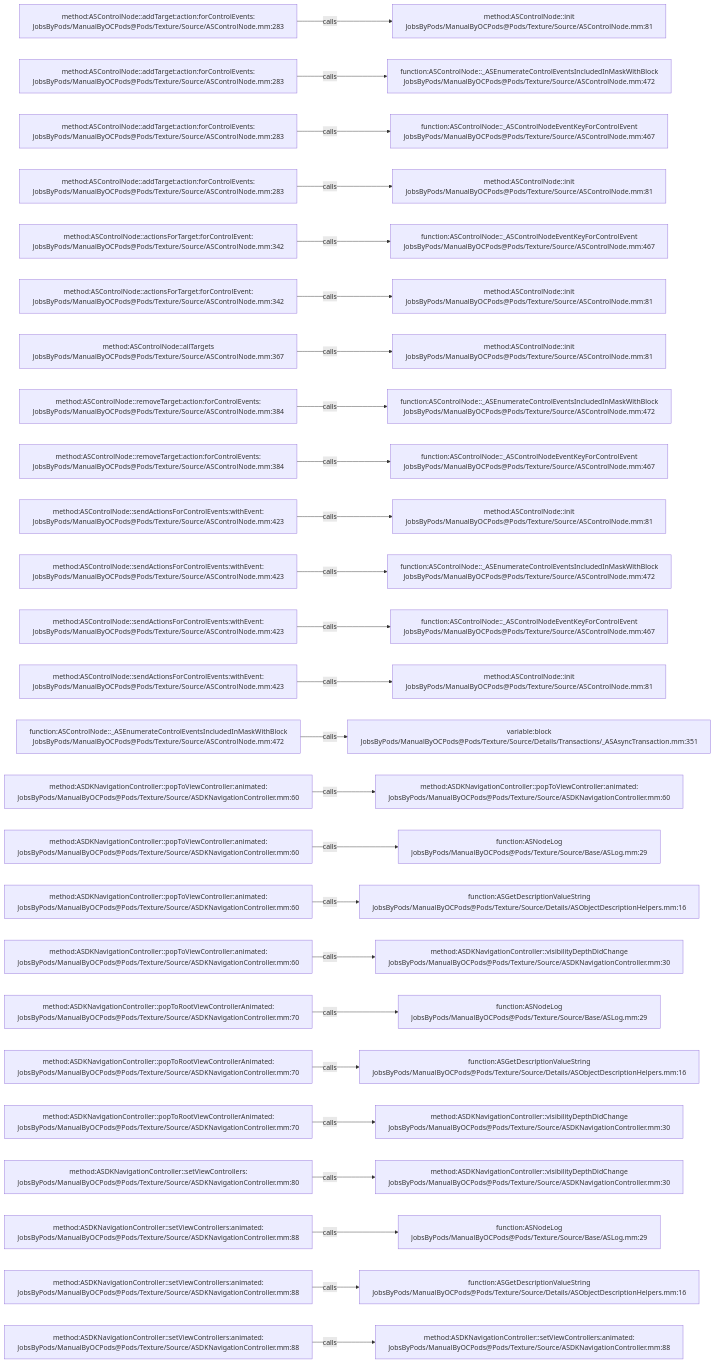
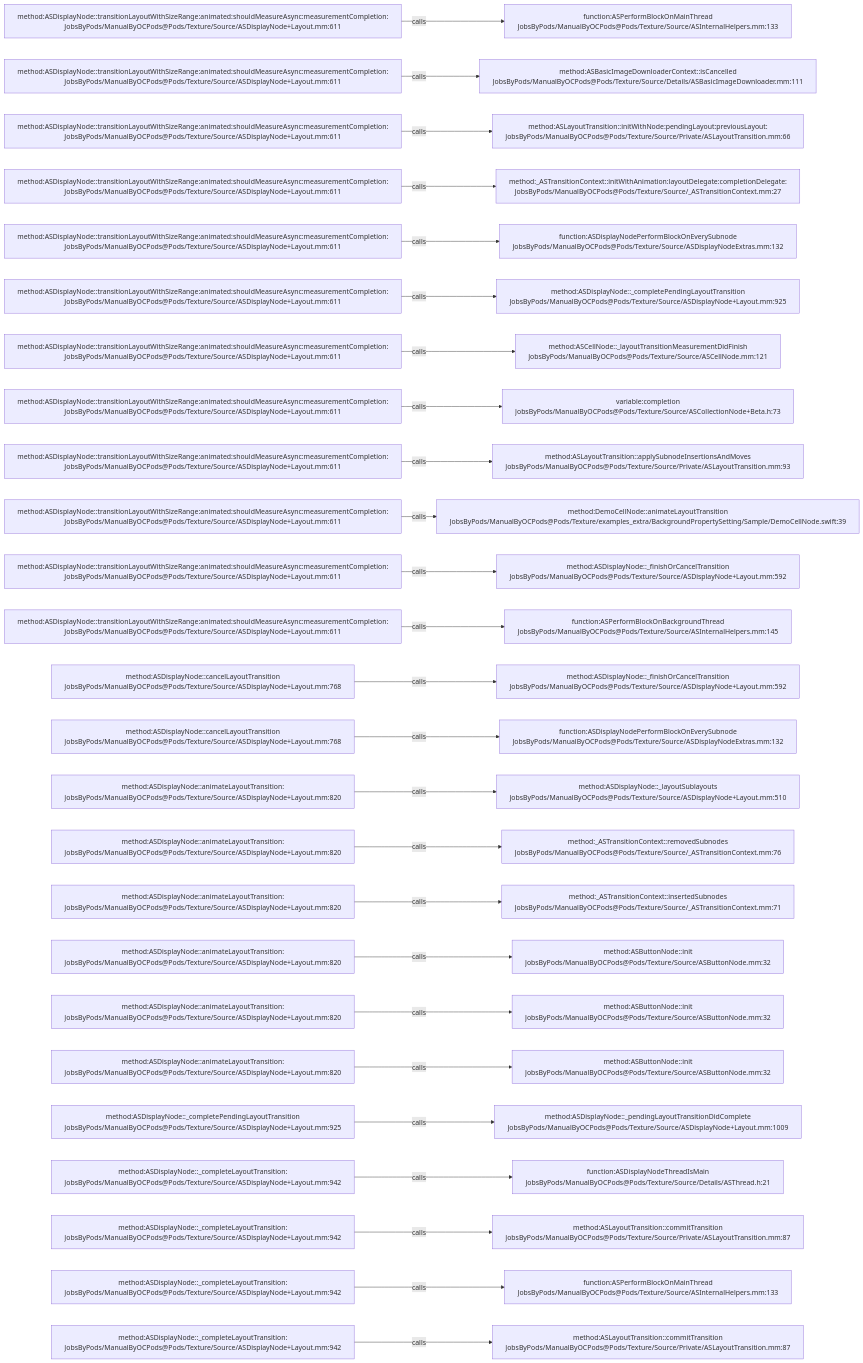
Before and after one commit to JobsKits/JobsOCBaseConfigDemo: the diagram in .codegraph/codegraph.md/graphs/calls-085.md, drawn with Mermaid. The commit also changed 1448 other files, not shown here.

````diff
--- a/.codegraph/codegraph.md/graphs/calls-085.md
+++ b/.codegraph/codegraph.md/graphs/calls-085.md
@@ -13,78 +13,78 @@
 ```mermaid
 flowchart LR
-  S1["method:ASControlNode::addTarget:action:forControlEvents:<br/>JobsByPods/ManualByOCPods@Pods/Texture/Source/ASControlNode.mm:283"]
-  T1["method:ASControlNode::init<br/>JobsByPods/ManualByOCPods@Pods/Texture/Source/ASControlNode.mm:81"]
+  S1["method:ASDisplayNode::transitionLayoutWithSizeRange:animated:shouldMeasureAsync:measurementCompletion:<br/>JobsByPods/ManualByOCPods@Pods/Texture/Source/ASDisplayNode+Layout.mm:611"]
+  T1["function:ASPerformBlockOnMainThread<br/>JobsByPods/ManualByOCPods@Pods/Texture/Source/ASInternalHelpers.mm:133"]
   S1 -->|calls| T1
-  S2["method:ASControlNode::addTarget:action:forControlEvents:<br/>JobsByPods/ManualByOCPods@Pods/Texture/Source/ASControlNode.mm:283"]
-  T2["function:ASControlNode::_ASEnumerateControlEventsIncludedInMaskWithBlock<br/>JobsByPods/ManualByOCPods@Pods/Texture/Source/ASControlNode.mm:472"]
+  S2["method:ASDisplayNode::transitionLayoutWithSizeRange:animated:shouldMeasureAsync:measurementCompletion:<br/>JobsByPods/ManualByOCPods@Pods/Texture/Source/ASDisplayNode+Layout.mm:611"]
+  T2["method:ASBasicImageDownloaderContext::isCancelled<br/>JobsByPods/ManualByOCPods@Pods/Texture/Source/Details/ASBasicImageDownloader.mm:111"]
   S2 -->|calls| T2
-  S3["method:ASControlNode::addTarget:action:forControlEvents:<br/>JobsByPods/ManualByOCPods@Pods/Texture/Source/ASControlNode.mm:283"]
-  T3["function:ASControlNode::_ASControlNodeEventKeyForControlEvent<br/>JobsByPods/ManualByOCPods@Pods/Texture/Source/ASControlNode.mm:467"]
+  S3["method:ASDisplayNode::transitionLayoutWithSizeRange:animated:shouldMeasureAsync:measurementCompletion:<br/>JobsByPods/ManualByOCPods@Pods/Texture/Source/ASDisplayNode+Layout.mm:611"]
+  T3["method:ASLayoutTransition::initWithNode:pendingLayout:previousLayout:<br/>JobsByPods/ManualByOCPods@Pods/Texture/Source/Private/ASLayoutTransition.mm:66"]
   S3 -->|calls| T3
-  S4["method:ASControlNode::addTarget:action:forControlEvents:<br/>JobsByPods/ManualByOCPods@Pods/Texture/Source/ASControlNode.mm:283"]
-  T4["method:ASControlNode::init<br/>JobsByPods/ManualByOCPods@Pods/Texture/Source/ASControlNode.mm:81"]
+  S4["method:ASDisplayNode::transitionLayoutWithSizeRange:animated:shouldMeasureAsync:measurementCompletion:<br/>JobsByPods/ManualByOCPods@Pods/Texture/Source/ASDisplayNode+Layout.mm:611"]
+  T4["method:_ASTransitionContext::initWithAnimation:layoutDelegate:completionDelegate:<br/>JobsByPods/ManualByOCPods@Pods/Texture/Source/_ASTransitionContext.mm:27"]
   S4 -->|calls| T4
-  S5["method:ASControlNode::actionsForTarget:forControlEvent:<br/>JobsByPods/ManualByOCPods@Pods/Texture/Source/ASControlNode.mm:342"]
-  T5["function:ASControlNode::_ASControlNodeEventKeyForControlEvent<br/>JobsByPods/ManualByOCPods@Pods/Texture/Source/ASControlNode.mm:467"]
+  S5["method:ASDisplayNode::transitionLayoutWithSizeRange:animated:shouldMeasureAsync:measurementCompletion:<br/>JobsByPods/ManualByOCPods@Pods/Texture/Source/ASDisplayNode+Layout.mm:611"]
+  T5["function:ASDisplayNodePerformBlockOnEverySubnode<br/>JobsByPods/ManualByOCPods@Pods/Texture/Source/ASDisplayNodeExtras.mm:132"]
   S5 -->|calls| T5
-  S6["method:ASControlNode::actionsForTarget:forControlEvent:<br/>JobsByPods/ManualByOCPods@Pods/Texture/Source/ASControlNode.mm:342"]
-  T6["method:ASControlNode::init<br/>JobsByPods/ManualByOCPods@Pods/Texture/Source/ASControlNode.mm:81"]
+  S6["method:ASDisplayNode::transitionLayoutWithSizeRange:animated:shouldMeasureAsync:measurementCompletion:<br/>JobsByPods/ManualByOCPods@Pods/Texture/Source/ASDisplayNode+Layout.mm:611"]
+  T6["method:ASDisplayNode::_completePendingLayoutTransition<br/>JobsByPods/ManualByOCPods@Pods/Texture/Source/ASDisplayNode+Layout.mm:925"]
   S6 -->|calls| T6
-  S7["method:ASControlNode::allTargets<br/>JobsByPods/ManualByOCPods@Pods/Texture/Source/ASControlNode.mm:367"]
-  T7["method:ASControlNode::init<br/>JobsByPods/ManualByOCPods@Pods/Texture/Source/ASControlNode.mm:81"]
+  S7["method:ASDisplayNode::transitionLayoutWithSizeRange:animated:shouldMeasureAsync:measurementCompletion:<br/>JobsByPods/ManualByOCPods@Pods/Texture/Source/ASDisplayNode+Layout.mm:611"]
+  T7["method:ASCellNode::_layoutTransitionMeasurementDidFinish<br/>JobsByPods/ManualByOCPods@Pods/Texture/Source/ASCellNode.mm:121"]
   S7 -->|calls| T7
-  S8["method:ASControlNode::removeTarget:action:forControlEvents:<br/>JobsByPods/ManualByOCPods@Pods/Texture/Source/ASControlNode.mm:384"]
-  T8["function:ASControlNode::_ASEnumerateControlEventsIncludedInMaskWithBlock<br/>JobsByPods/ManualByOCPods@Pods/Texture/Source/ASControlNode.mm:472"]
+  S8["method:ASDisplayNode::transitionLayoutWithSizeRange:animated:shouldMeasureAsync:measurementCompletion:<br/>JobsByPods/ManualByOCPods@Pods/Texture/Source/ASDisplayNode+Layout.mm:611"]
+  T8["variable:completion<br/>JobsByPods/ManualByOCPods@Pods/Texture/Source/ASCollectionNode+Beta.h:73"]
   S8 -->|calls| T8
-  S9["method:ASControlNode::removeTarget:action:forControlEvents:<br/>JobsByPods/ManualByOCPods@Pods/Texture/Source/ASControlNode.mm:384"]
-  T9["function:ASControlNode::_ASControlNodeEventKeyForControlEvent<br/>JobsByPods/ManualByOCPods@Pods/Texture/Source/ASControlNode.mm:467"]
+  S9["method:ASDisplayNode::transitionLayoutWithSizeRange:animated:shouldMeasureAsync:measurementCompletion:<br/>JobsByPods/ManualByOCPods@Pods/Texture/Source/ASDisplayNode+Layout.mm:611"]
+  T9["method:ASLayoutTransition::applySubnodeInsertionsAndMoves<br/>JobsByPods/ManualByOCPods@Pods/Texture/Source/Private/ASLayoutTransition.mm:93"]
   S9 -->|calls| T9
-  S10["method:ASControlNode::sendActionsForControlEvents:withEvent:<br/>JobsByPods/ManualByOCPods@Pods/Texture/Source/ASControlNode.mm:423"]
-  T10["method:ASControlNode::init<br/>JobsByPods/ManualByOCPods@Pods/Texture/Source/ASControlNode.mm:81"]
+  S10["method:ASDisplayNode::transitionLayoutWithSizeRange:animated:shouldMeasureAsync:measurementCompletion:<br/>JobsByPods/ManualByOCPods@Pods/Texture/Source/ASDisplayNode+Layout.mm:611"]
+  T10["method:DemoCellNode::animateLayoutTransition<br/>JobsByPods/ManualByOCPods@Pods/Texture/examples_extra/BackgroundPropertySetting/Sample/DemoCellNode.swift:39"]
   S10 -->|calls| T10
-  S11["method:ASControlNode::sendActionsForControlEvents:withEvent:<br/>JobsByPods/ManualByOCPods@Pods/Texture/Source/ASControlNode.mm:423"]
-  T11["function:ASControlNode::_ASEnumerateControlEventsIncludedInMaskWithBlock<br/>JobsByPods/ManualByOCPods@Pods/Texture/Source/ASControlNode.mm:472"]
+  S11["method:ASDisplayNode::transitionLayoutWithSizeRange:animated:shouldMeasureAsync:measurementCompletion:<br/>JobsByPods/ManualByOCPods@Pods/Texture/Source/ASDisplayNode+Layout.mm:611"]
+  T11["method:ASDisplayNode::_finishOrCancelTransition<br/>JobsByPods/ManualByOCPods@Pods/Texture/Source/ASDisplayNode+Layout.mm:592"]
   S11 -->|calls| T11
-  S12["method:ASControlNode::sendActionsForControlEvents:withEvent:<br/>JobsByPods/ManualByOCPods@Pods/Texture/Source/ASControlNode.mm:423"]
-  T12["function:ASControlNode::_ASControlNodeEventKeyForControlEvent<br/>JobsByPods/ManualByOCPods@Pods/Texture/Source/ASControlNode.mm:467"]
+  S12["method:ASDisplayNode::transitionLayoutWithSizeRange:animated:shouldMeasureAsync:measurementCompletion:<br/>JobsByPods/ManualByOCPods@Pods/Texture/Source/ASDisplayNode+Layout.mm:611"]
+  T12["function:ASPerformBlockOnBackgroundThread<br/>JobsByPods/ManualByOCPods@Pods/Texture/Source/ASInternalHelpers.mm:145"]
   S12 -->|calls| T12
-  S13["method:ASControlNode::sendActionsForControlEvents:withEvent:<br/>JobsByPods/ManualByOCPods@Pods/Texture/Source/ASControlNode.mm:423"]
-  T13["method:ASControlNode::init<br/>JobsByPods/ManualByOCPods@Pods/Texture/Source/ASControlNode.mm:81"]
+  S13["method:ASDisplayNode::cancelLayoutTransition<br/>JobsByPods/ManualByOCPods@Pods/Texture/Source/ASDisplayNode+Layout.mm:768"]
+  T13["method:ASDisplayNode::_finishOrCancelTransition<br/>JobsByPods/ManualByOCPods@Pods/Texture/Source/ASDisplayNode+Layout.mm:592"]
   S13 -->|calls| T13
-  S14["function:ASControlNode::_ASEnumerateControlEventsIncludedInMaskWithBlock<br/>JobsByPods/ManualByOCPods@Pods/Texture/Source/ASControlNode.mm:472"]
-  T14["variable:block<br/>JobsByPods/ManualByOCPods@Pods/Texture/Source/Details/Transactions/_ASAsyncTransaction.mm:351"]
+  S14["method:ASDisplayNode::cancelLayoutTransition<br/>JobsByPods/ManualByOCPods@Pods/Texture/Source/ASDisplayNode+Layout.mm:768"]
+  T14["function:ASDisplayNodePerformBlockOnEverySubnode<br/>JobsByPods/ManualByOCPods@Pods/Texture/Source/ASDisplayNodeExtras.mm:132"]
   S14 -->|calls| T14
-  S15["method:ASDKNavigationController::popToViewController:animated:<br/>JobsByPods/ManualByOCPods@Pods/Texture/Source/ASDKNavigationController.mm:60"]
-  T15["method:ASDKNavigationController::popToViewController:animated:<br/>JobsByPods/ManualByOCPods@Pods/Texture/Source/ASDKNavigationController.mm:60"]
+  S15["method:ASDisplayNode::animateLayoutTransition:<br/>JobsByPods/ManualByOCPods@Pods/Texture/Source/ASDisplayNode+Layout.mm:820"]
+  T15["method:ASDisplayNode::_layoutSublayouts<br/>JobsByPods/ManualByOCPods@Pods/Texture/Source/ASDisplayNode+Layout.mm:510"]
   S15 -->|calls| T15
-  S16["method:ASDKNavigationController::popToViewController:animated:<br/>JobsByPods/ManualByOCPods@Pods/Texture/Source/ASDKNavigationController.mm:60"]
-  T16["function:ASNodeLog<br/>JobsByPods/ManualByOCPods@Pods/Texture/Source/Base/ASLog.mm:29"]
+  S16["method:ASDisplayNode::animateLayoutTransition:<br/>JobsByPods/ManualByOCPods@Pods/Texture/Source/ASDisplayNode+Layout.mm:820"]
+  T16["method:_ASTransitionContext::removedSubnodes<br/>JobsByPods/ManualByOCPods@Pods/Texture/Source/_ASTransitionContext.mm:76"]
   S16 -->|calls| T16
-  S17["method:ASDKNavigationController::popToViewController:animated:<br/>JobsByPods/ManualByOCPods@Pods/Texture/Source/ASDKNavigationController.mm:60"]
-  T17["function:ASGetDescriptionValueString<br/>JobsByPods/ManualByOCPods@Pods/Texture/Source/Details/ASObjectDescriptionHelpers.mm:16"]
+  S17["method:ASDisplayNode::animateLayoutTransition:<br/>JobsByPods/ManualByOCPods@Pods/Texture/Source/ASDisplayNode+Layout.mm:820"]
+  T17["method:_ASTransitionContext::insertedSubnodes<br/>JobsByPods/ManualByOCPods@Pods/Texture/Source/_ASTransitionContext.mm:71"]
   S17 -->|calls| T17
-  S18["method:ASDKNavigationController::popToViewController:animated:<br/>JobsByPods/ManualByOCPods@Pods/Texture/Source/ASDKNavigationController.mm:60"]
-  T18["method:ASDKNavigationController::visibilityDepthDidChange<br/>JobsByPods/ManualByOCPods@Pods/Texture/Source/ASDKNavigationController.mm:30"]
+  S18["method:ASDisplayNode::animateLayoutTransition:<br/>JobsByPods/ManualByOCPods@Pods/Texture/Source/ASDisplayNode+Layout.mm:820"]
+  T18["method:ASButtonNode::init<br/>JobsByPods/ManualByOCPods@Pods/Texture/Source/ASButtonNode.mm:32"]
   S18 -->|calls| T18
-  S19["method:ASDKNavigationController::popToRootViewControllerAnimated:<br/>JobsByPods/ManualByOCPods@Pods/Texture/Source/ASDKNavigationController.mm:70"]
-  T19["function:ASNodeLog<br/>JobsByPods/ManualByOCPods@Pods/Texture/Source/Base/ASLog.mm:29"]
+  S19["method:ASDisplayNode::animateLayoutTransition:<br/>JobsByPods/ManualByOCPods@Pods/Texture/Source/ASDisplayNode+Layout.mm:820"]
+  T19["method:ASButtonNode::init<br/>JobsByPods/ManualByOCPods@Pods/Texture/Source/ASButtonNode.mm:32"]
   S19 -->|calls| T19
-  S20["method:ASDKNavigationController::popToRootViewControllerAnimated:<br/>JobsByPods/ManualByOCPods@Pods/Texture/Source/ASDKNavigationController.mm:70"]
-  T20["function:ASGetDescriptionValueString<br/>JobsByPods/ManualByOCPods@Pods/Texture/Source/Details/ASObjectDescriptionHelpers.mm:16"]
+  S20["method:ASDisplayNode::animateLayoutTransition:<br/>JobsByPods/ManualByOCPods@Pods/Texture/Source/ASDisplayNode+Layout.mm:820"]
+  T20["method:ASButtonNode::init<br/>JobsByPods/ManualByOCPods@Pods/Texture/Source/ASButtonNode.mm:32"]
   S20 -->|calls| T20
-  S21["method:ASDKNavigationController::popToRootViewControllerAnimated:<br/>JobsByPods/ManualByOCPods@Pods/Texture/Source/ASDKNavigationController.mm:70"]
-  T21["method:ASDKNavigationController::visibilityDepthDidChange<br/>JobsByPods/ManualByOCPods@Pods/Texture/Source/ASDKNavigationController.mm:30"]
+  S21["method:ASDisplayNode::_completePendingLayoutTransition<br/>JobsByPods/ManualByOCPods@Pods/Texture/Source/ASDisplayNode+Layout.mm:925"]
+  T21["method:ASDisplayNode::_pendingLayoutTransitionDidComplete<br/>JobsByPods/ManualByOCPods@Pods/Texture/Source/ASDisplayNode+Layout.mm:1009"]
   S21 -->|calls| T21
-  S22["method:ASDKNavigationController::setViewControllers:<br/>JobsByPods/ManualByOCPods@Pods/Texture/Source/ASDKNavigationController.mm:80"]
-  T22["method:ASDKNavigationController::visibilityDepthDidChange<br/>JobsByPods/ManualByOCPods@Pods/Texture/Source/ASDKNavigationController.mm:30"]
+  S22["method:ASDisplayNode::_completeLayoutTransition:<br/>JobsByPods/ManualByOCPods@Pods/Texture/Source/ASDisplayNode+Layout.mm:942"]
+  T22["function:ASDisplayNodeThreadIsMain<br/>JobsByPods/ManualByOCPods@Pods/Texture/Source/Details/ASThread.h:21"]
   S22 -->|calls| T22
-  S23["method:ASDKNavigationController::setViewControllers:animated:<br/>JobsByPods/ManualByOCPods@Pods/Texture/Source/ASDKNavigationController.mm:88"]
-  T23["function:ASNodeLog<br/>JobsByPods/ManualByOCPods@Pods/Texture/Source/Base/ASLog.mm:29"]
+  S23["method:ASDisplayNode::_completeLayoutTransition:<br/>JobsByPods/ManualByOCPods@Pods/Texture/Source/ASDisplayNode+Layout.mm:942"]
+  T23["method:ASLayoutTransition::commitTransition<br/>JobsByPods/ManualByOCPods@Pods/Texture/Source/Private/ASLayoutTransition.mm:87"]
   S23 -->|calls| T23
-  S24["method:ASDKNavigationController::setViewControllers:animated:<br/>JobsByPods/ManualByOCPods@Pods/Texture/Source/ASDKNavigationController.mm:88"]
-  T24["function:ASGetDescriptionValueString<br/>JobsByPods/ManualByOCPods@Pods/Texture/Source/Details/ASObjectDescriptionHelpers.mm:16"]
+  S24["method:ASDisplayNode::_completeLayoutTransition:<br/>JobsByPods/ManualByOCPods@Pods/Texture/Source/ASDisplayNode+Layout.mm:942"]
+  T24["function:ASPerformBlockOnMainThread<br/>JobsByPods/ManualByOCPods@Pods/Texture/Source/ASInternalHelpers.mm:133"]
   S24 -->|calls| T24
-  S25["method:ASDKNavigationController::setViewControllers:animated:<br/>JobsByPods/ManualByOCPods@Pods/Texture/Source/ASDKNavigationController.mm:88"]
-  T25["method:ASDKNavigationController::setViewControllers:animated:<br/>JobsByPods/ManualByOCPods@Pods/Texture/Source/ASDKNavigationController.mm:88"]
+  S25["method:ASDisplayNode::_completeLayoutTransition:<br/>JobsByPods/ManualByOCPods@Pods/Texture/Source/ASDisplayNode+Layout.mm:942"]
+  T25["method:ASLayoutTransition::commitTransition<br/>JobsByPods/ManualByOCPods@Pods/Texture/Source/Private/ASLayoutTransition.mm:87"]
   S25 -->|calls| T25
 ```
````
